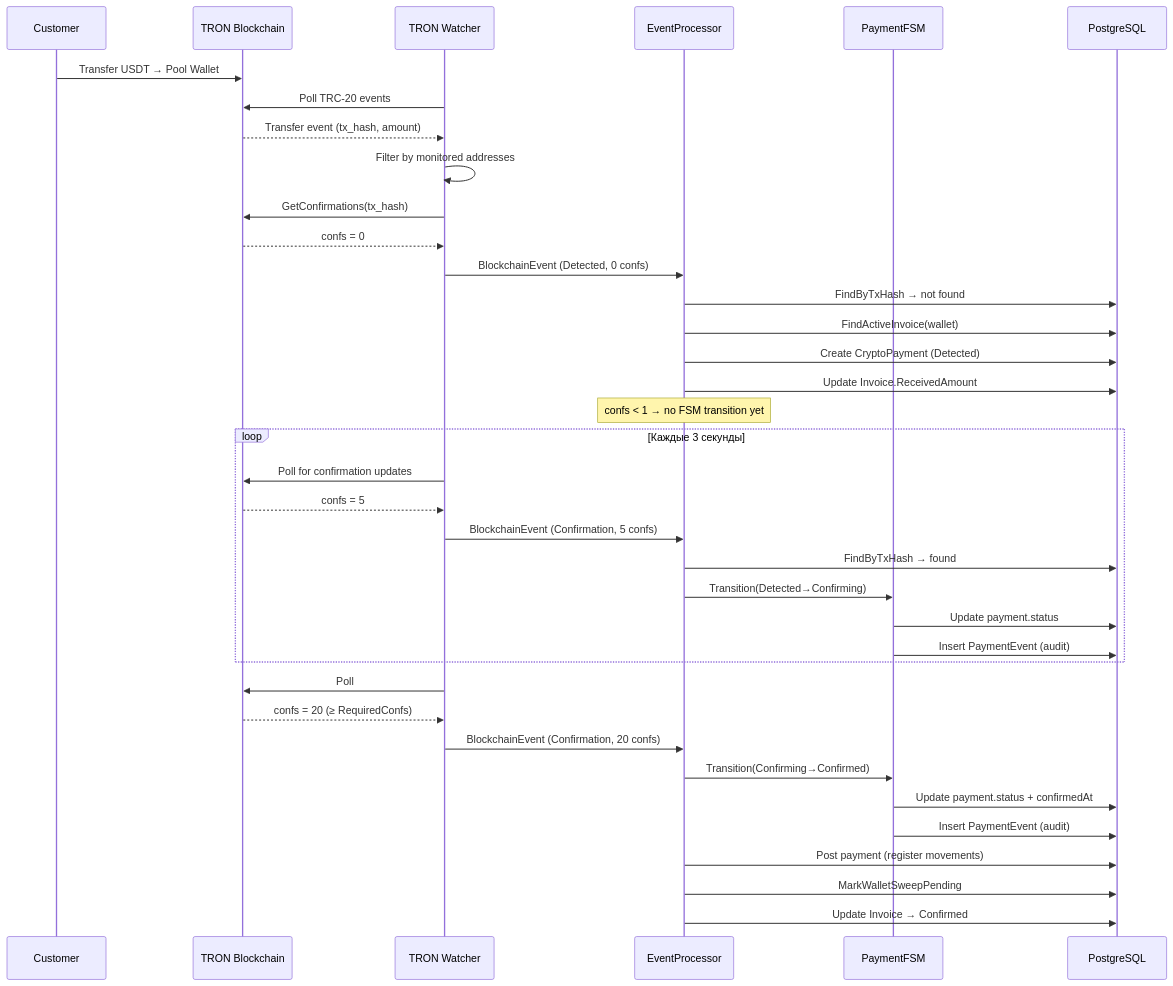
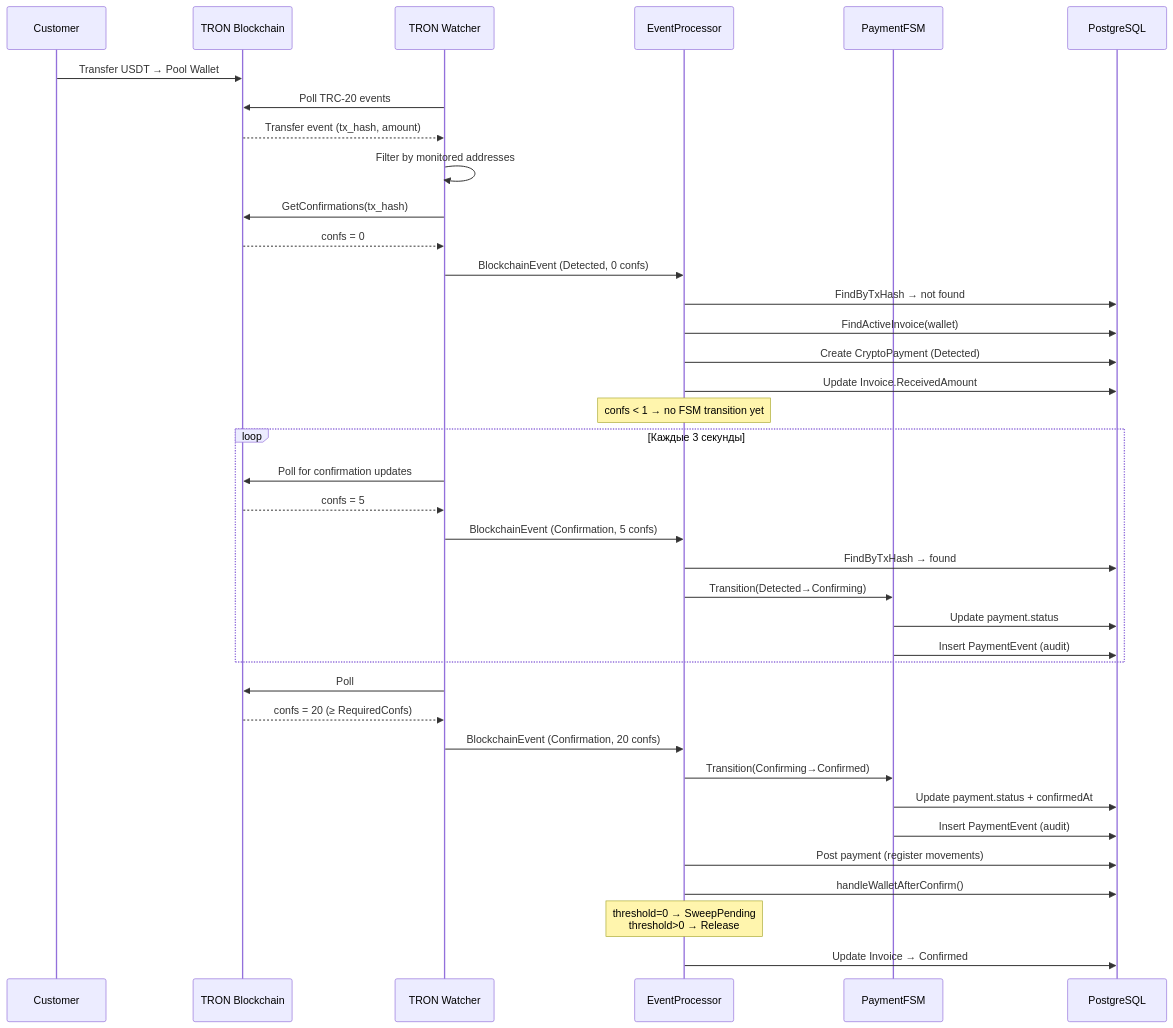
The seventh of 7 diagrams in docs/systems/crypto-processing.md (alex-bogatiuk/metapus), drawn with Mermaid before and after one commit. The commit also changed other lines of this file and 39 other files, not shown here.

````diff
--- a/docs/systems/crypto-processing.md
+++ b/docs/systems/crypto-processing.md
@@ -504,43 +651,44 @@
 ```mermaid
 sequenceDiagram
     participant C as Customer
     participant BC as TRON Blockchain
     participant TW as TRON Watcher
     participant EP as EventProcessor
     participant FSM as PaymentFSM
     participant DB as PostgreSQL
 
     C->>BC: Transfer USDT → Pool Wallet
     TW->>BC: Poll TRC-20 events
     BC-->>TW: Transfer event (tx_hash, amount)
     TW->>TW: Filter by monitored addresses
     TW->>BC: GetConfirmations(tx_hash)
     BC-->>TW: confs = 0
 
     TW->>EP: BlockchainEvent (Detected, 0 confs)
     EP->>DB: FindByTxHash → not found
     EP->>DB: FindActiveInvoice(wallet)
     EP->>DB: Create CryptoPayment (Detected)
     EP->>DB: Update Invoice.ReceivedAmount
     Note over EP: confs < 1 → no FSM transition yet
 
     loop Каждые 3 секунды
         TW->>BC: Poll for confirmation updates
         BC-->>TW: confs = 5
         TW->>EP: BlockchainEvent (Confirmation, 5 confs)
         EP->>DB: FindByTxHash → found
         EP->>FSM: Transition(Detected→Confirming)
         FSM->>DB: Update payment.status
         FSM->>DB: Insert PaymentEvent (audit)
     end
 
     TW->>BC: Poll
     BC-->>TW: confs = 20 (≥ RequiredConfs)
     TW->>EP: BlockchainEvent (Confirmation, 20 confs)
     EP->>FSM: Transition(Confirming→Confirmed)
     FSM->>DB: Update payment.status + confirmedAt
     FSM->>DB: Insert PaymentEvent (audit)
     EP->>DB: Post payment (register movements)
-    EP->>DB: MarkWalletSweepPending
+    EP->>DB: handleWalletAfterConfirm()
+    Note over EP: threshold=0 → SweepPending<br/>threshold>0 → Release
     EP->>DB: Update Invoice → Confirmed
 ```
````
